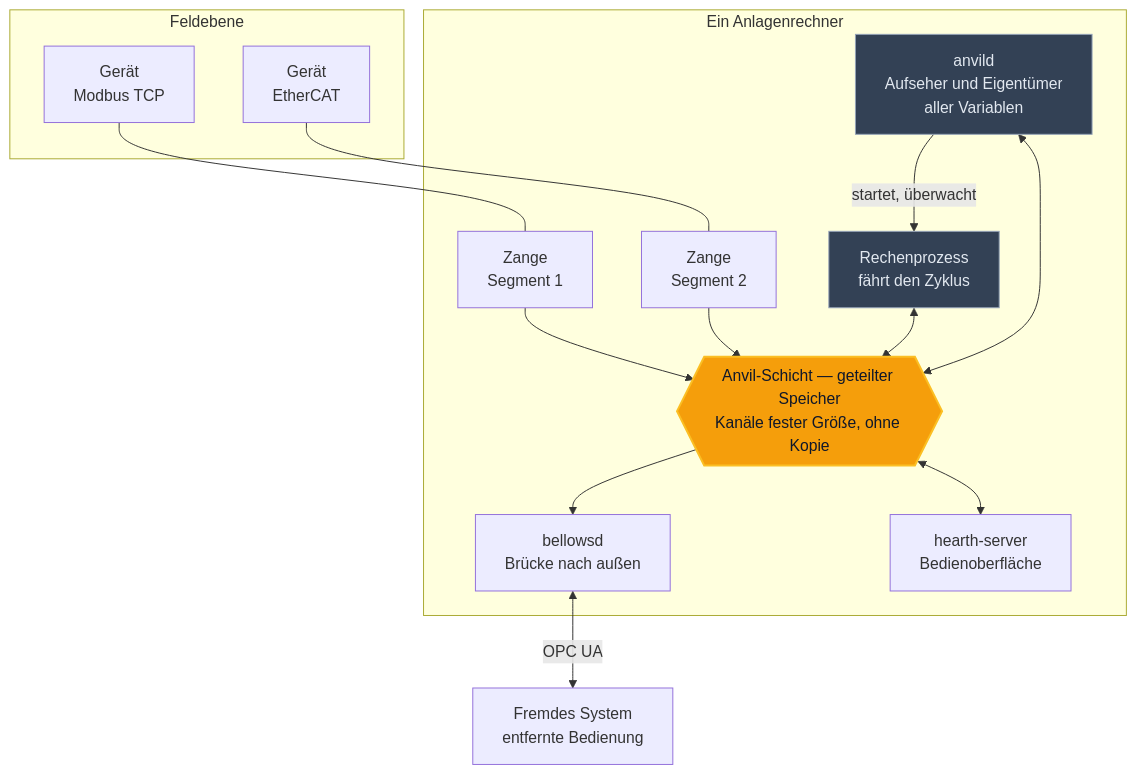
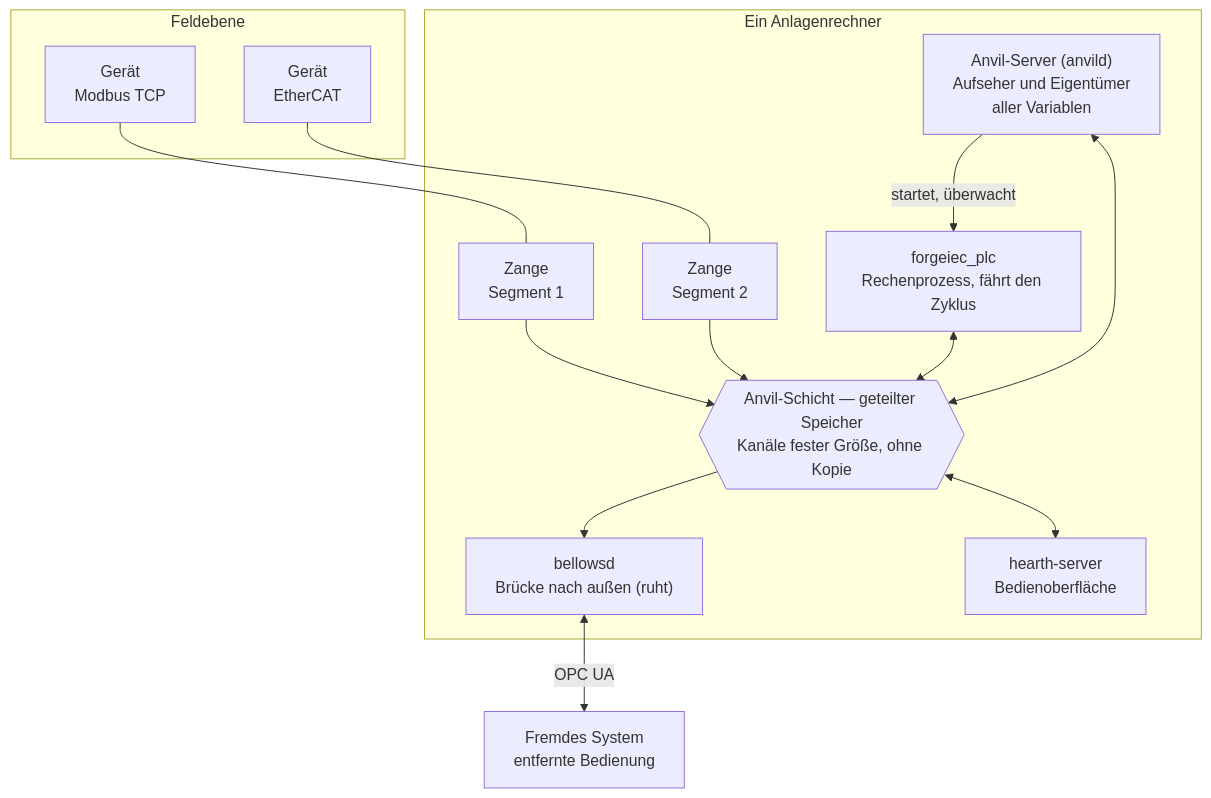
Before and after one commit to Beerlesklopfer/forgeiec-website: the first of 5 diagrams in content/de/plattform/verbund.md, drawn with Mermaid. The commit also changed other lines of this file, not shown here.

Commit message:
platform/verbund: bellowsd resting, Hearth preview, PLC cycle process named

````diff
--- a/content/de/plattform/verbund.md
+++ b/content/de/plattform/verbund.md
@@ -54,34 +55,31 @@
 ```mermaid
 flowchart TB
   subgraph HW[" Feldebene "]
     D1["Gerät<br/>Modbus TCP"]
     D2["Gerät<br/>EtherCAT"]
   end
 
   subgraph NODE[" Ein Anlagenrechner "]
     T1["Zange<br/>Segment 1"]
     T2["Zange<br/>Segment 2"]
-    SUP["anvild<br/>Aufseher und Eigentümer<br/>aller Variablen"]
-    PLC["Rechenprozess<br/>fährt den Zyklus"]
+    SUP["Anvil-Server (anvild)<br/>Aufseher und Eigentümer<br/>aller Variablen"]
+    PLC["forgeiec_plc<br/>Rechenprozess, fährt den Zyklus"]
     SHM{{"Anvil-Schicht — geteilter Speicher<br/>Kanäle fester Größe, ohne Kopie"}}
-    B["bellowsd<br/>Brücke nach außen"]
+    B["bellowsd<br/>Brücke nach außen (ruht)"]
     H["hearth-server<br/>Bedienoberfläche"]
   end
 
   EXT["Fremdes System<br/>entfernte Bedienung"]
 
   D1 --- T1
   D2 --- T2
   T1 --> SHM
   T2 --> SHM
   SUP -->|"startet, überwacht"| PLC
   PLC <--> SHM
   SUP <--> SHM
   SHM --> B
   SHM <--> H
   B <-->|"OPC UA"| EXT
 
-  style SHM fill:#F59E0B,stroke:#FBBF24,stroke-width:2px,color:#0F172A
-  style SUP fill:#334155,stroke:#94A3B8,color:#E2E8F0
-  style PLC fill:#334155,stroke:#94A3B8,color:#E2E8F0
 ```
````
